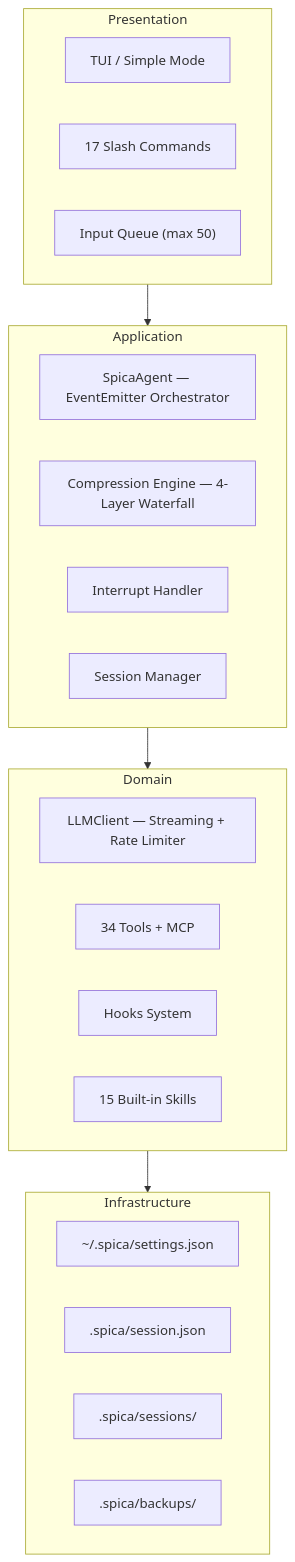
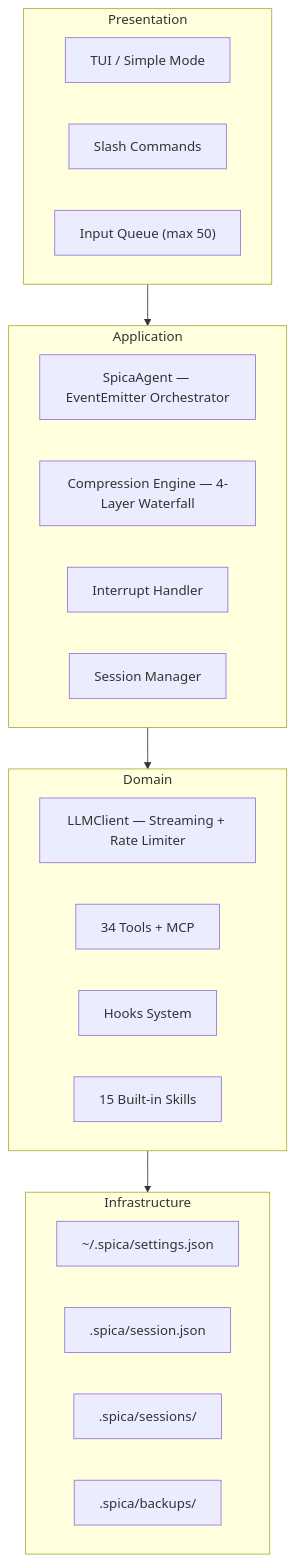
The first of 12 diagrams in README.md (linnin233/spica-cli), drawn with Mermaid before and after one commit. The commit also changed other lines of this file and 4 other files, not shown here.

````diff
--- a/README.md
+++ b/README.md
@@ -29,33 +29,33 @@
 ```mermaid
 graph TB
     subgraph PRESENTATION["Presentation"]
         TUI["TUI / Simple Mode"]
-        CMD["17 Slash Commands"]
+        CMD["Slash Commands"]
         IQ["Input Queue (max 50)"]
     end
 
     subgraph APPLICATION["Application"]
         AGENT["SpicaAgent — EventEmitter Orchestrator"]
         COMPRESS["Compression Engine — 4-Layer Waterfall"]
         INTR["Interrupt Handler"]
         SESSION["Session Manager"]
     end
 
     subgraph DOMAIN["Domain"]
         LLM["LLMClient — Streaming + Rate Limiter"]
         TOOLS["34 Tools + MCP"]
         HOOKS["Hooks System"]
         SKILLS["15 Built-in Skills"]
     end
 
     subgraph INFRA["Infrastructure"]
         SETTINGS["~/.spica/settings.json"]
         SESSFILE[".spica/session.json"]
         ARCHIVE[".spica/sessions/"]
         BACKUPS[".spica/backups/"]
     end
 
     PRESENTATION --> APPLICATION
     APPLICATION --> DOMAIN
     DOMAIN --> INFRA
 ```
````
